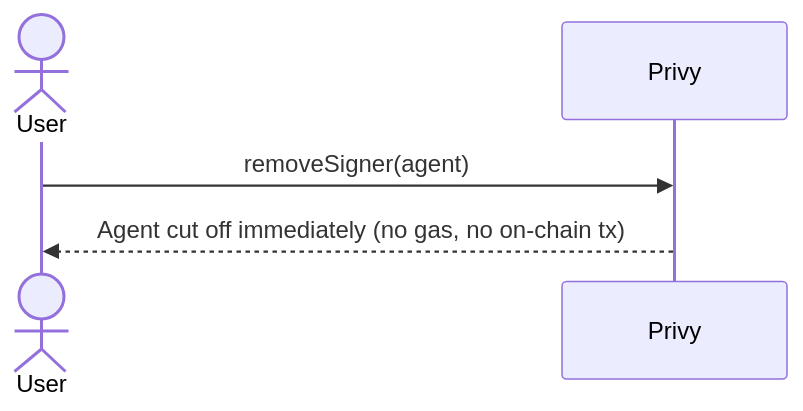
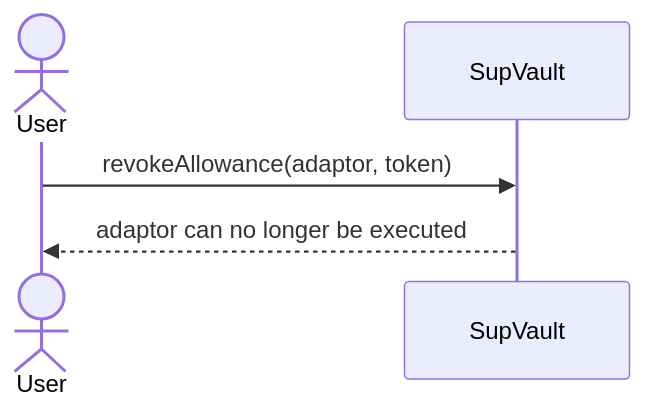
One commit to Sup-Wallet/supwallet-evm-universal changed the fifth of 6 diagrams in docs/ARCHITECTURE.md. Above: the diagram before and after it, drawn with Mermaid. The commit also changed other lines of this file and 1 other file, not shown here.

First line of the commit message:
Update architecture to the shipped SupVault + adaptor model

````diff
--- a/docs/ARCHITECTURE.md
+++ b/docs/ARCHITECTURE.md
@@ -87,7 +106,7 @@
 ```mermaid
 sequenceDiagram
     actor U as User
-    participant P as Privy
-    U->>P: removeSigner(agent)
-    P-->>U: Agent cut off immediately (no gas, no on-chain tx)
+    participant V as SupVault
+    U->>V: revokeAllowance(adaptor, token)
+    V-->>U: adaptor can no longer be executed
 ```
````
